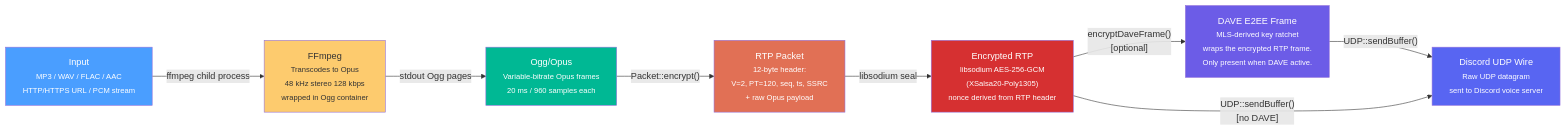
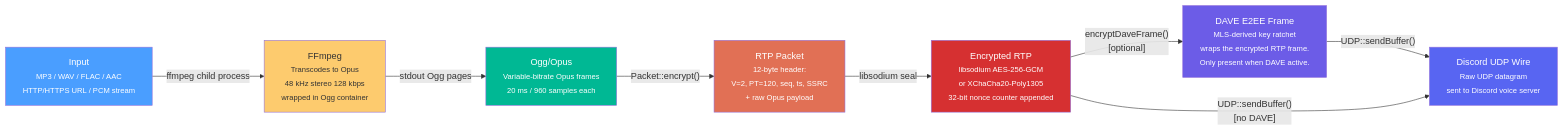
One commit to discord-php/DiscordPHP-Voice changed the fourth of 4 diagrams in docs/AUDIO_PIPELINE.md. Above: the diagram before and after it, drawn with Mermaid. The commit also changed other lines of this file and 10 other files, not shown here.

````diff
--- a/docs/AUDIO_PIPELINE.md
+++ b/docs/AUDIO_PIPELINE.md
@@ -218,26 +218,26 @@
 ```mermaid
 graph LR
     IN["Input<br/><small>MP3 / WAV / FLAC / AAC<br/>HTTP/HTTPS URL / PCM stream</small>"]
     FFMPEG["FFmpeg<br/><small>Transcodes to Opus<br/>48 kHz stereo 128 kbps<br/>wrapped in Ogg container</small>"]
     OPUS["Ogg/Opus<br/><small>Variable-bitrate Opus frames<br/>20 ms / 960 samples each</small>"]
     RTP["RTP Packet<br/><small>12-byte header:<br/>V=2, PT=120, seq, ts, SSRC<br/>+ raw Opus payload</small>"]
-    ERTP["Encrypted RTP<br/><small>libsodium AES-256-GCM<br/>(XSalsa20-Poly1305)<br/>nonce derived from RTP header</small>"]
+    ERTP["Encrypted RTP<br/><small>libsodium AES-256-GCM<br/>or XChaCha20-Poly1305<br/>32-bit nonce counter appended</small>"]
     DAVE["DAVE E2EE Frame<br/><small>MLS-derived key ratchet<br/>wraps the encrypted RTP frame.<br/>Only present when DAVE active.</small>"]
     WIRE["Discord UDP Wire<br/><small>Raw UDP datagram<br/>sent to Discord voice server</small>"]
 
     IN -->|"ffmpeg child process"| FFMPEG
     FFMPEG -->|"stdout Ogg pages"| OPUS
     OPUS -->|"Packet::encrypt()"| RTP
     RTP -->|"libsodium seal"| ERTP
     ERTP -->|"encryptDaveFrame()\n[optional]"| DAVE
     DAVE -->|"UDP::sendBuffer()"| WIRE
     ERTP -->|"UDP::sendBuffer()\n[no DAVE]"| WIRE
 
     style IN fill:#4a9eff,color:#fff
     style FFMPEG fill:#fdcb6e,color:#333
     style OPUS fill:#00b894,color:#fff
     style RTP fill:#e17055,color:#fff
     style ERTP fill:#d63031,color:#fff
     style DAVE fill:#6c5ce7,color:#fff
     style WIRE fill:#5865f2,color:#fff
 ```
````
